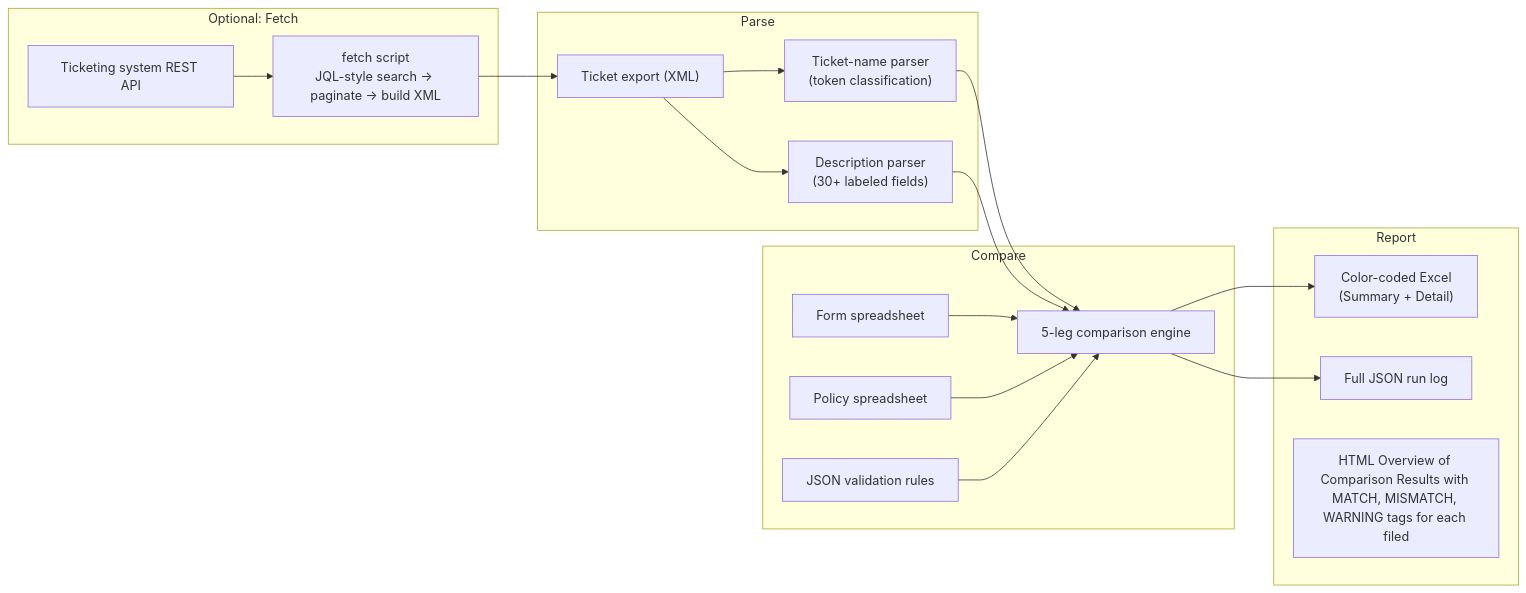
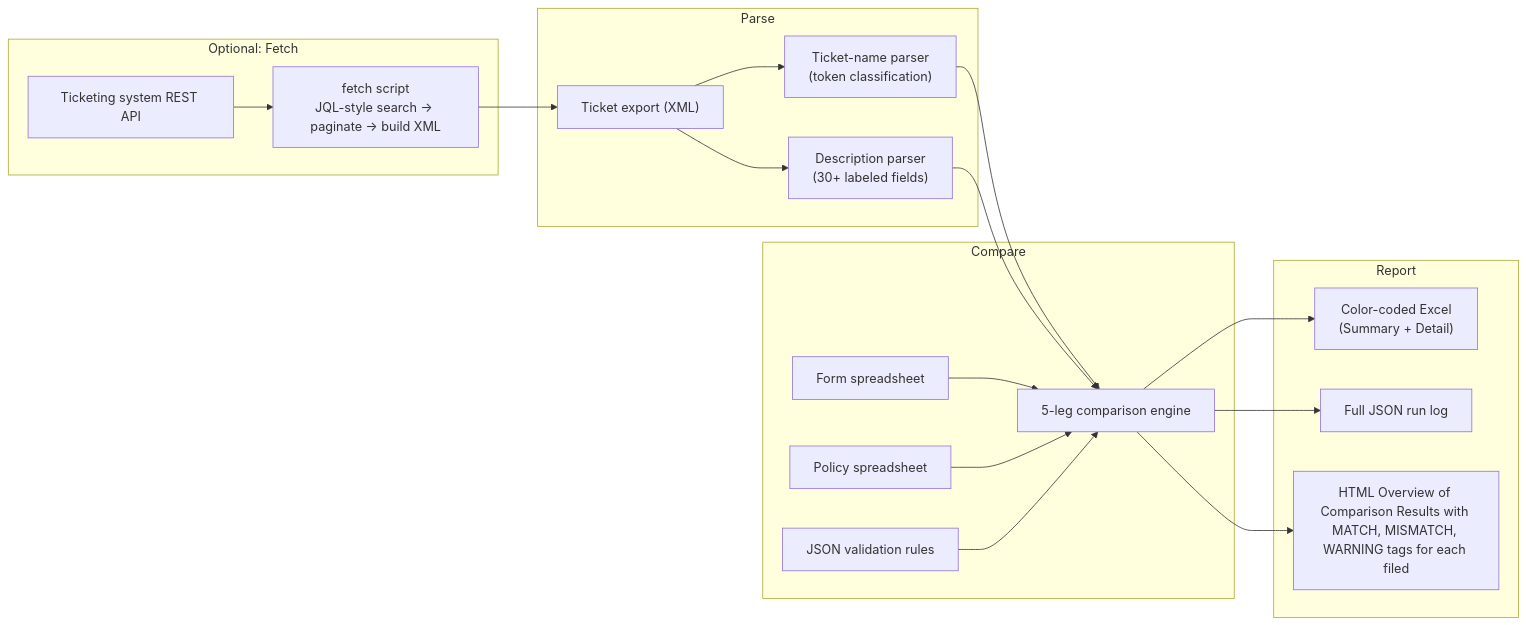
Before and after one commit to SallyyLan/cuz_ShippingAudit_automation_pipeline: the diagram in README.md, drawn with Mermaid.

````diff
--- a/README.md
+++ b/README.md
@@ -29,37 +29,38 @@
 ```mermaid
 flowchart LR
     subgraph Fetch["Optional: Fetch"]
         API["Ticketing system REST API"]
         FETCH["fetch script\nJQL-style search → paginate → build XML"]
     end
 
     subgraph Parse["Parse"]
         XML["Ticket export (XML)"]
         NAME["Ticket-name parser\n(token classification)"]
         DESC["Description parser\n(30+ labeled fields)"]
     end
 
     subgraph Compare["Compare"]
         FORM["Form spreadsheet"]
         POLICY["Policy spreadsheet"]
         RULES["JSON validation rules"]
         ENGINE["5-leg comparison engine"]
     end
 
     subgraph Report["Report"]
         XL["Color-coded Excel\n(Summary + Detail)"]
         JSON["Full JSON run log"]
         Dashboard["HTML Overview of Comparison Results with MATCH, MISMATCH, WARNING tags for each filed"]
     end
 
     API --> FETCH --> XML
     XML --> NAME
     XML --> DESC
     NAME --> ENGINE
     DESC --> ENGINE
     FORM --> ENGINE
     POLICY --> ENGINE
     RULES --> ENGINE
     ENGINE --> XL
     ENGINE --> JSON
+    ENGINE --> Dashboard    
 ```
````
